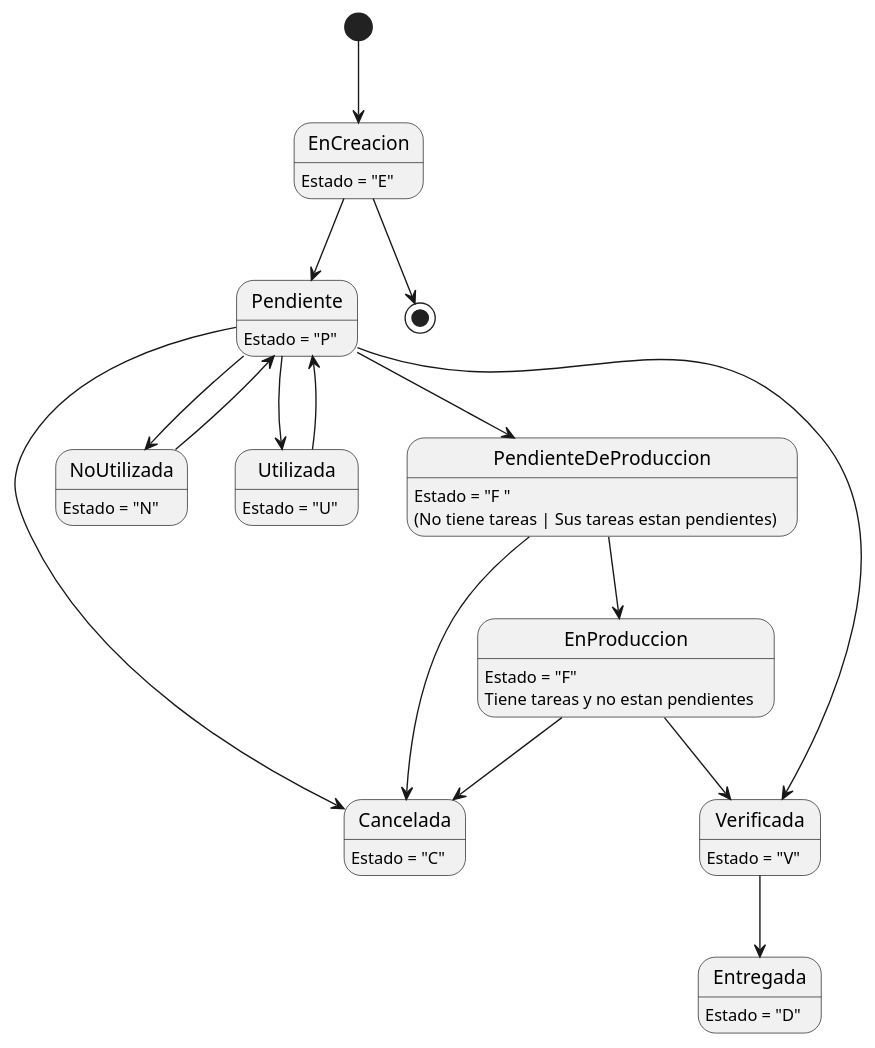
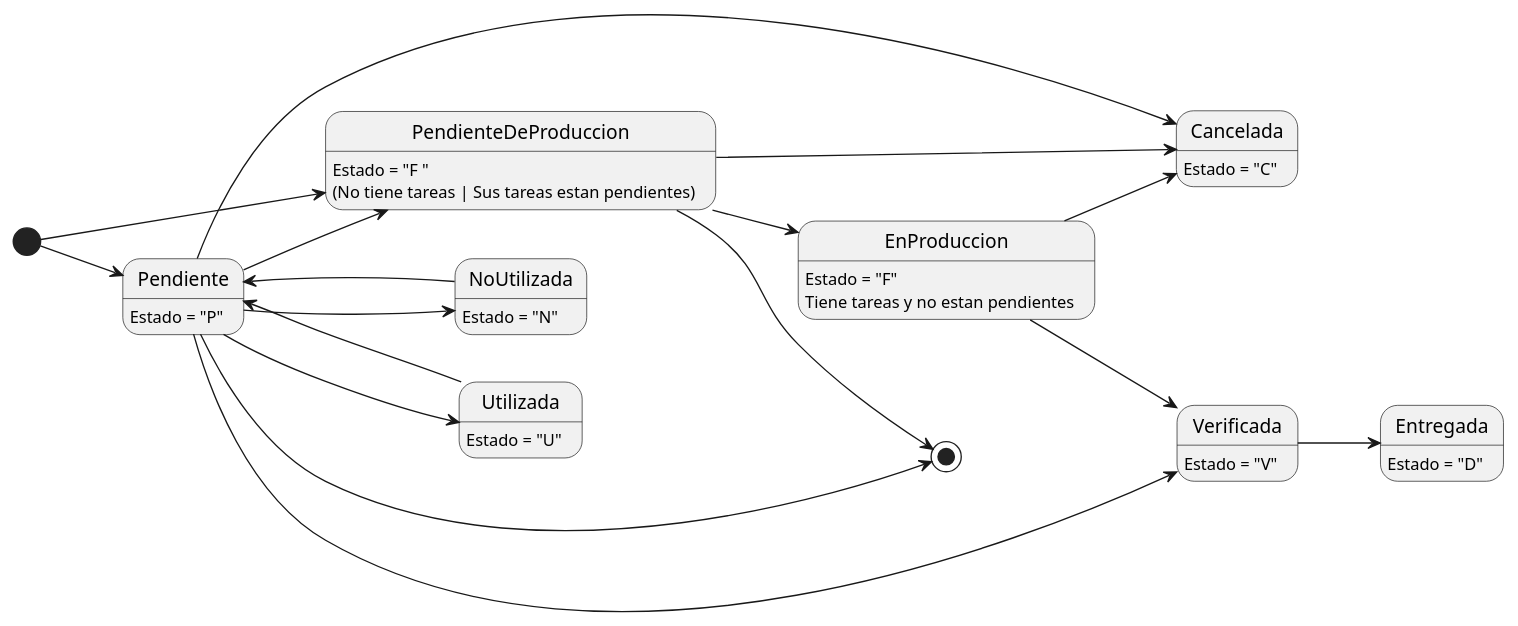
The third of 6 diagrams in DiagramasEstado/DiagramaDeEstado.puml (ZMGestion/DocumentacionZMGestion), drawn with PlantUML before and after one commit. The commit also changed other lines of this file and 7 other files, not shown here.

Commit message:
Nuevo DiagramasDeActividad y cambios en DiagramasDeEstado

```diff
--- a/DiagramasEstado/DiagramaDeEstado.puml
+++ b/DiagramasEstado/DiagramaDeEstado.puml
@@ -33,31 +33,32 @@
 @startuml lineasProducto
-EnCreacion: Estado = "E"
 Pendiente: Estado = "P"
 Cancelada: Estado = "C"
 NoUtilizada: Estado = "N"
 Utilizada: Estado = "U"
 PendienteDeProduccion: Estado = "F "
 PendienteDeProduccion:(No tiene tareas | Sus tareas estan pendientes)
 EnProduccion: Estado = "F"
 EnProduccion: Tiene tareas y no estan pendientes
 Verificada: Estado = "V"
 Entregada: Estado = "D"
 
-[*] --> EnCreacion
-EnCreacion --> [*]
-EnCreacion --> Pendiente
+left to right direction
+[*] --> Pendiente
+Pendiente --> [*]
+[*] --> PendienteDeProduccion
+PendienteDeProduccion --> [*]
 Pendiente --> Utilizada
 Utilizada --> Pendiente
 Pendiente --> NoUtilizada
 NoUtilizada --> Pendiente
 Pendiente --> Cancelada
 Pendiente --> PendienteDeProduccion
 Pendiente --> Verificada
 PendienteDeProduccion --> Cancelada
 PendienteDeProduccion --> EnProduccion
 EnProduccion --> Cancelada
 EnProduccion --> Verificada
 Verificada --> Entregada
 
 
 @enduml
```
